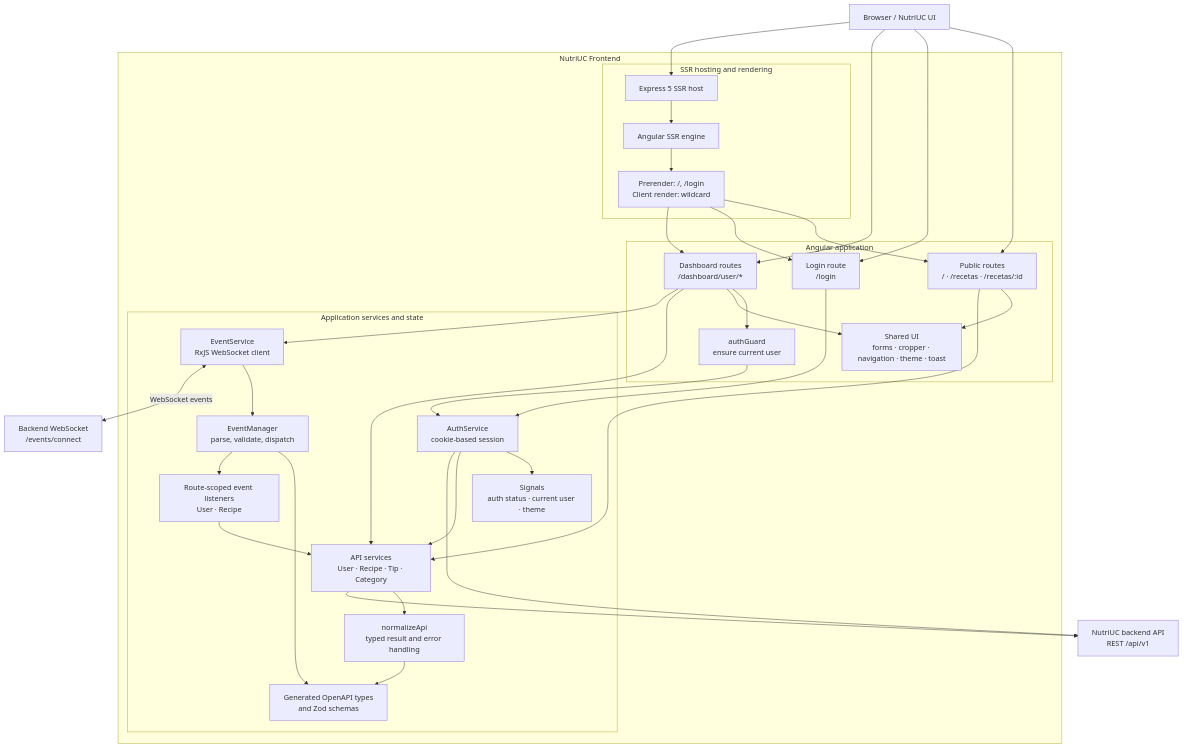
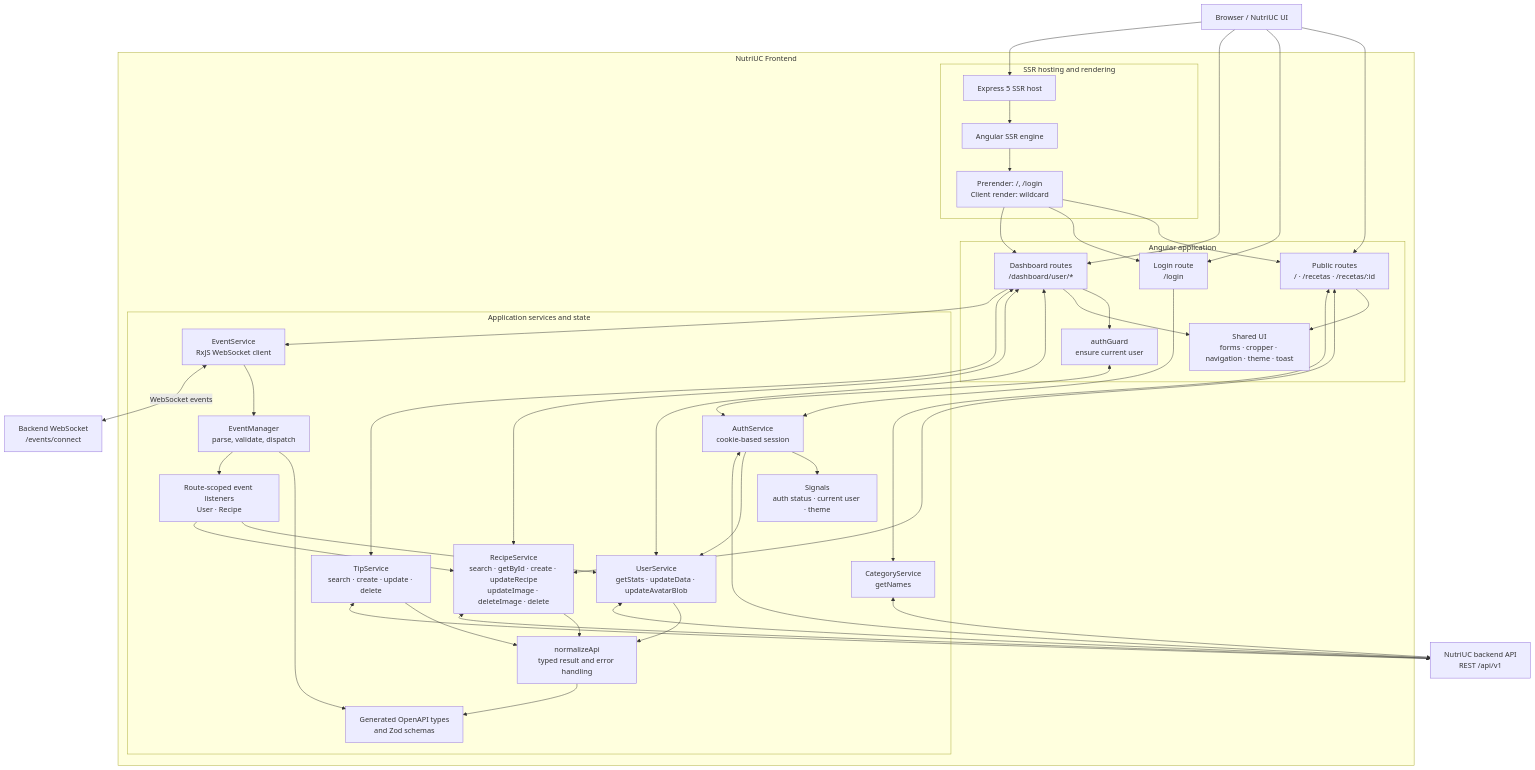
The diagram in docs/architecture.md (Krystof2ms/NutriUC-frontend), drawn with Mermaid before and after one commit. The commit also changed other lines of this file, not shown here.

````diff
--- a/docs/architecture.md
+++ b/docs/architecture.md
@@ -14,63 +14,75 @@
 ```mermaid
 flowchart TD
     Browser["Browser / NutriUC UI"]
 
     subgraph Frontend["NutriUC Frontend"]
         subgraph Presentation["Angular application"]
             Public["Public routes<br/>/ · /recetas · /recetas/:id"]
             Login["Login route<br/>/login"]
             Dashboard["Dashboard routes<br/>/dashboard/user/*"]
             Guard["authGuard<br/>ensure current user"]
             Shared["Shared UI<br/>forms · cropper · navigation · theme · toast"]
         end
 
         subgraph ClientArchitecture["Application services and state"]
             Auth["AuthService<br/>cookie-based session"]
-            ApiServices["API services<br/>User · Recipe · Tip · Category"]
+            UserService["UserService<br/>getStats · updateData · updateAvatarBlob"]
+            RecipeService["RecipeService<br/>search · getById · create · updateRecipe<br/>updateImage · deleteImage · delete"]
+            TipService["TipService<br/>search · create · update · delete"]
+            CategoryService["CategoryService<br/>getNames"]
             Normalize["normalizeApi<br/>typed result and error handling"]
             EventService["EventService<br/>RxJS WebSocket client"]
             EventManager["EventManager<br/>parse, validate, dispatch"]
             EventListeners["Route-scoped event listeners<br/>User · Recipe"]
             State["Signals<br/>auth status · current user · theme"]
             ApiTypes["Generated OpenAPI types<br/>and Zod schemas"]
         end
 
         subgraph Hosting["SSR hosting and rendering"]
             Express["Express 5 SSR host"]
             SSR["Angular SSR engine"]
             RenderModes["Prerender: /, /login<br/>Client render: wildcard"]
         end
     end
 
     Backend["NutriUC backend API<br/>REST /api/v1"]
     Socket["Backend WebSocket<br/>/events/connect"]
 
     Browser --> Public
     Browser --> Login
     Browser --> Dashboard
     Dashboard --> Guard
     Dashboard --> Shared
     Public --> Shared
     Login --> Auth
-    Guard --> Auth
+    Guard <--> Auth
     Auth --> State
-    Auth --> ApiServices
-    Dashboard --> ApiServices
-    Public --> ApiServices
-    ApiServices --> Normalize
+    Auth --> UserService
+    Dashboard <--> UserService
+    Dashboard <--> RecipeService
+    Dashboard <--> TipService
+    Public <--> RecipeService
+    Public <--> CategoryService
+    UserService --> Normalize
+    RecipeService --> Normalize
+    TipService --> Normalize
     Normalize --> ApiTypes
-    ApiServices --> Backend
-    Auth --> Backend
+    UserService <--> Backend
+    RecipeService <--> Backend
+    TipService <--> Backend
+    CategoryService <--> Backend
+    Auth <--> Backend
     Dashboard --> EventService
     EventService --> EventManager
     EventManager --> ApiTypes
     EventManager --> EventListeners
-    EventListeners --> ApiServices
+    EventListeners --> UserService
+    EventListeners --> RecipeService
     EventService <-->|"WebSocket events"| Socket
     Browser --> Express
     Express --> SSR
     SSR --> RenderModes
     RenderModes --> Public
     RenderModes --> Login
     RenderModes --> Dashboard
 ```
````
